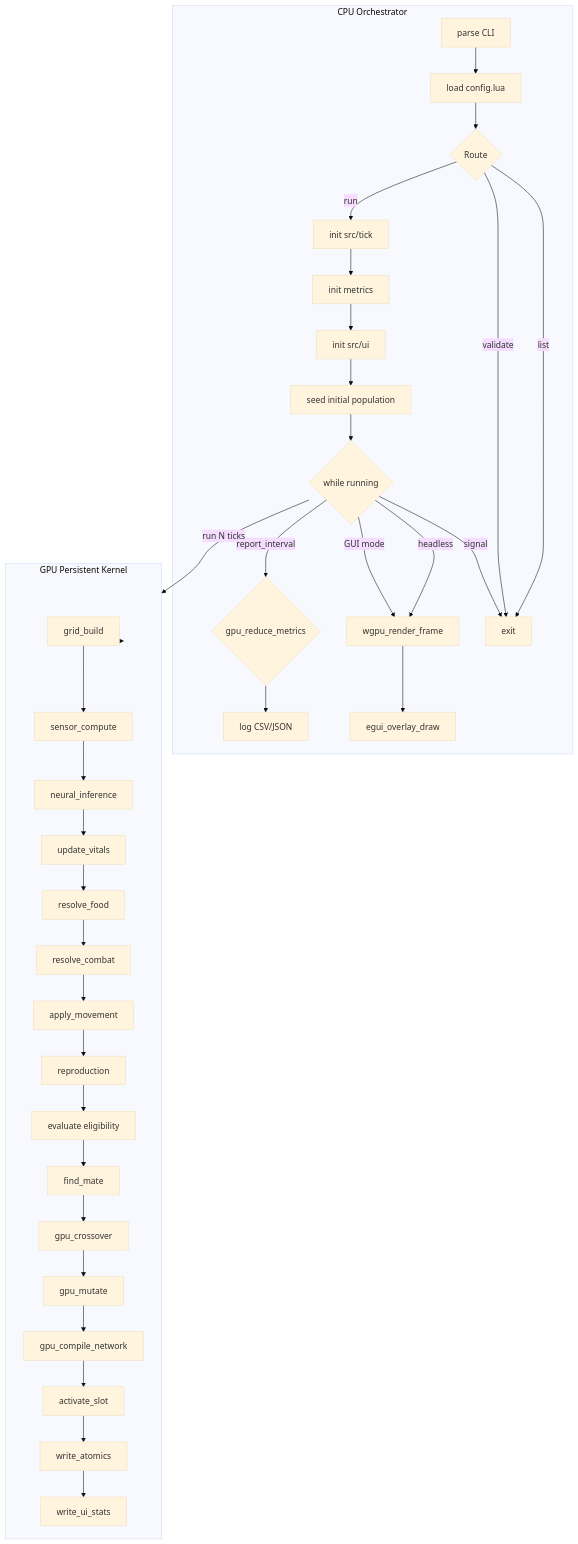
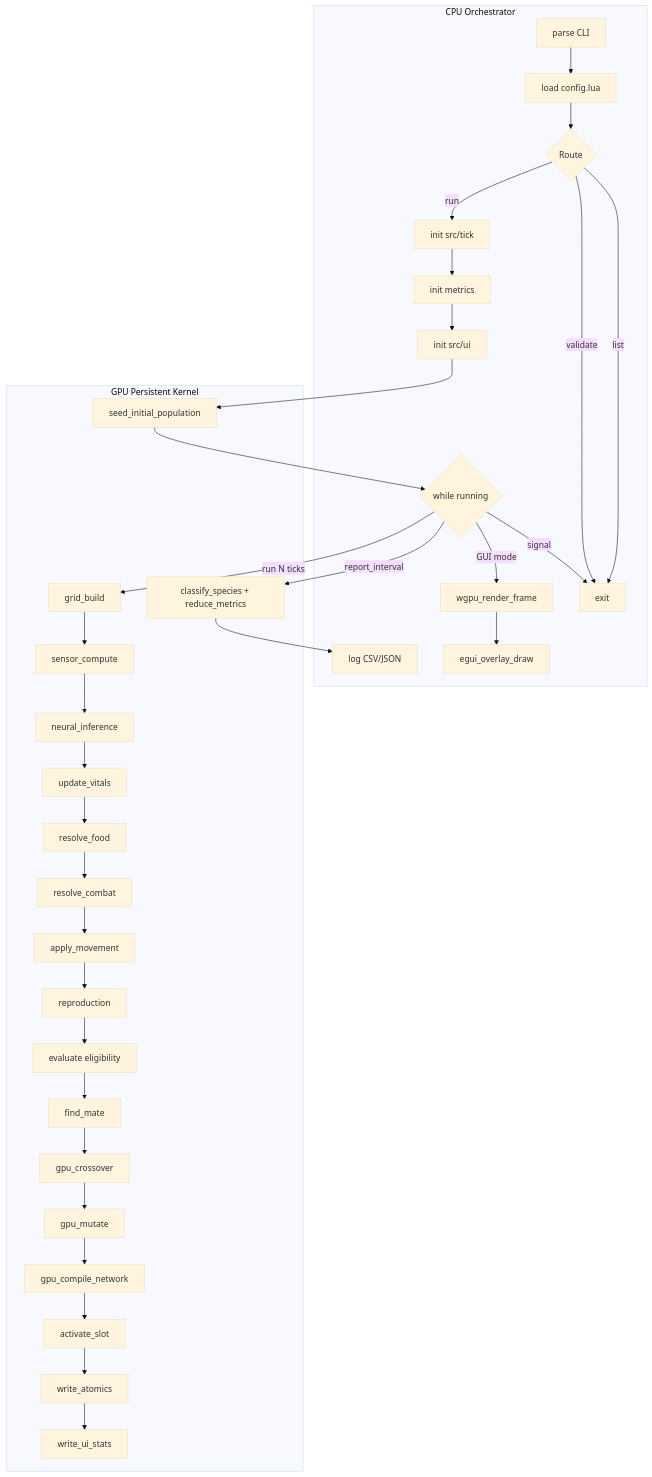
One commit to moon-aii/moonai changed the second of 4 diagrams in docs/internals/roadmap.md. Above: the diagram before and after it, drawn with Mermaid (base theme). The commit also changed other lines of this file and 8 other files, not shown here.

````diff
--- a/docs/internals/roadmap.md
+++ b/docs/internals/roadmap.md
@@ -48,52 +48,51 @@
 ```mermaid
 flowchart TD
     subgraph CPU["CPU Orchestrator"]
         CLI[parse CLI]
         LUA[load config.lua]
         ROUTE{Route}
         INIT_SIM[init src/tick]
         INIT_LOG[init metrics]
         INIT_UI[init src/ui]
-        SEED[seed initial population]
         TICK_LOOP{while running}
-        REDUCE{gpu_reduce_metrics}
         LOG[log CSV/JSON]
         RENDER[wgpu_render_frame]
         UI[egui_overlay_draw]
         EXIT[exit]
     end
 
     subgraph GPU["GPU Persistent Kernel"]
+        SEED[seed_initial_population]
         GRID[grid_build]
         SENSOR[sensor_compute]
         INFERENCE[neural_inference]
         VITALS[update_vitals]
         FOOD[resolve_food]
         COMBAT[resolve_combat]
         MOVE[apply_movement]
         REPRO[reproduction]
         EVAL[evaluate eligibility]
         FIND[find_mate]
         CROSS[gpu_crossover]
         MUT[gpu_mutate]
         COMPILE[gpu_compile_network]
         ACTIVATE[activate_slot]
         ATOMICS[write_atomics]
         UISTATS[write_ui_stats]
+        REPORT[classify_species + reduce_metrics]
     end
 
     CLI --> LUA --> ROUTE
     ROUTE -->|list| EXIT
     ROUTE -->|validate| EXIT
     ROUTE -->|run| INIT_SIM
     INIT_SIM --> INIT_LOG --> INIT_UI --> SEED --> TICK_LOOP
-    TICK_LOOP -->|run N ticks| GPU
-    GPU --> GRID --> SENSOR --> INFERENCE --> VITALS --> FOOD --> COMBAT --> MOVE
+    TICK_LOOP -->|run N ticks| GRID
+    GRID --> SENSOR --> INFERENCE --> VITALS --> FOOD --> COMBAT --> MOVE
     MOVE --> REPRO
     REPRO --> EVAL --> FIND --> CROSS --> MUT --> COMPILE --> ACTIVATE
     ACTIVATE --> ATOMICS --> UISTATS
-    TICK_LOOP -->|report_interval| REDUCE --> LOG
-    TICK_LOOP -->|headless| RENDER
+    TICK_LOOP -->|report_interval| REPORT --> LOG
     TICK_LOOP -->|GUI mode| RENDER --> UI
     TICK_LOOP -->|signal| EXIT
 ```
````
